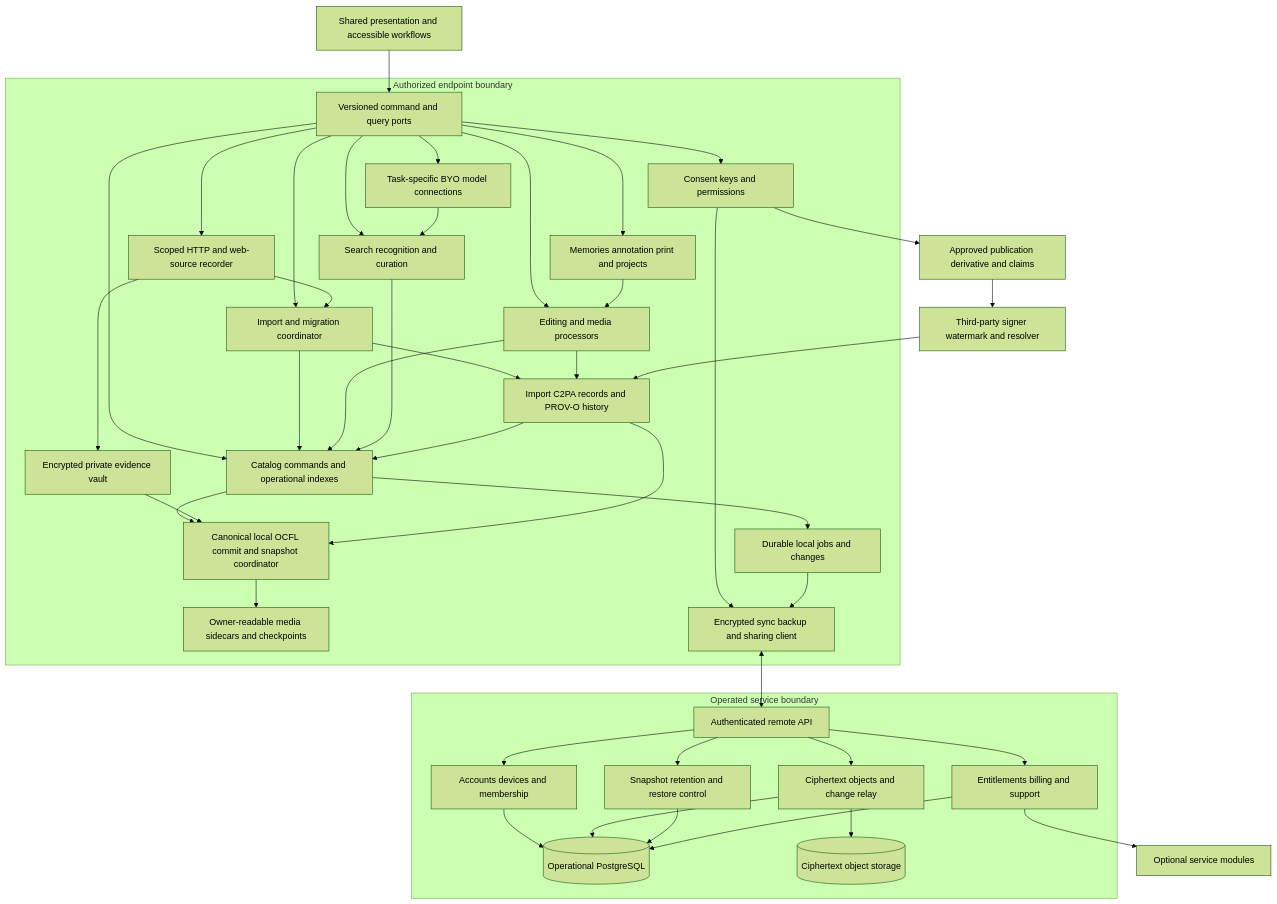
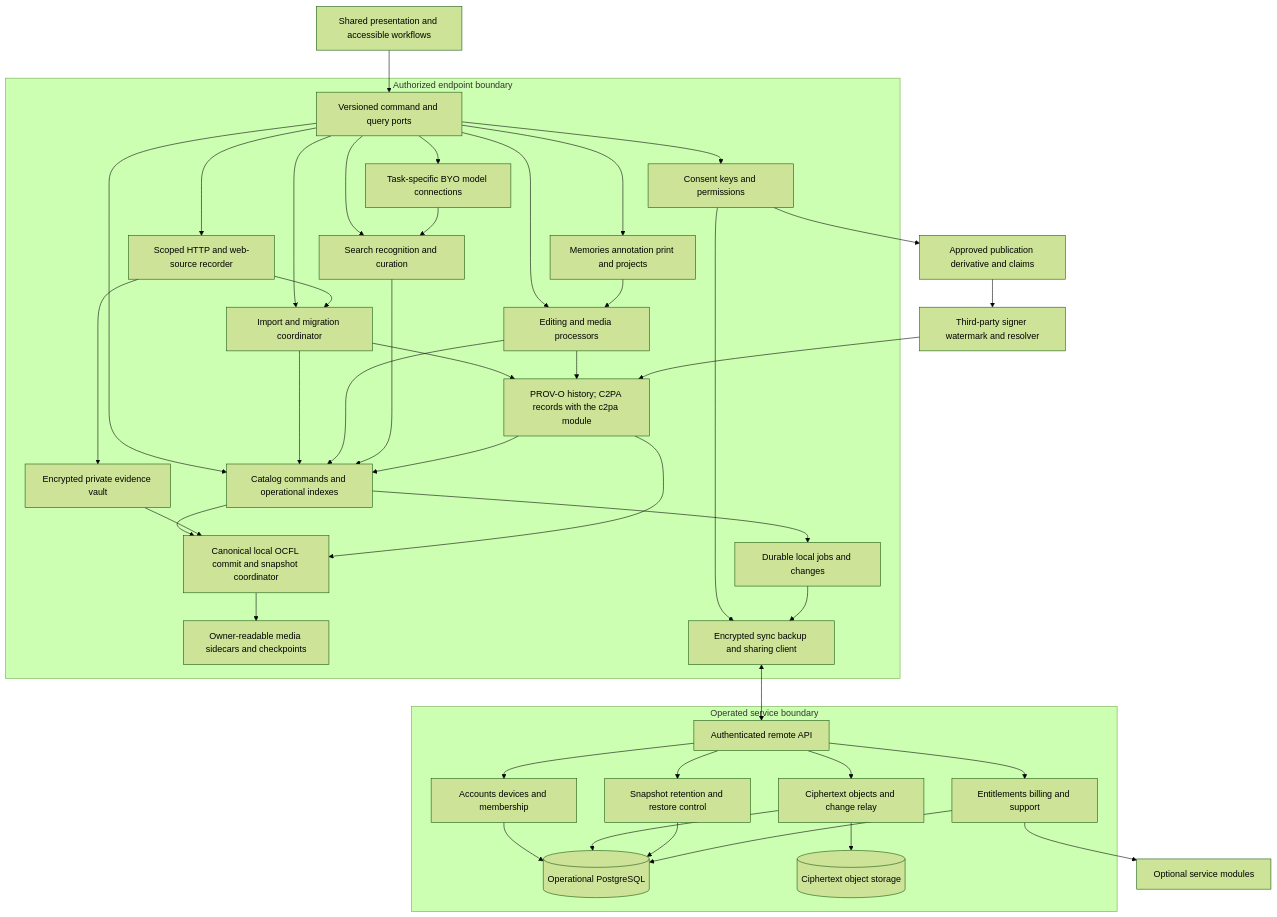
The third of 12 diagrams in resources/architecture.md (arkrim-tech/filesquid), drawn with Mermaid (forest theme) before and after one commit. The commit also changed other lines of this file and 39 other files, not shown here.

First line of the commit message:
docs: add PROV-O history to the MVP and scope C2PA to release 2

````diff
--- a/resources/architecture.md
+++ b/resources/architecture.md
@@ -170,47 +170,47 @@
 ```mermaid
 flowchart TB
     UI[Shared presentation and accessible workflows] --> Ports[Versioned command and query ports]
     subgraph Endpoint[Authorized endpoint boundary]
         Ports --> Catalog[Catalog commands and operational indexes]
         Ports --> Migration[Import and migration coordinator]
         Ports --> Render[Editing and media processors]
         Ports --> Discovery[Search recognition and curation]
         Ports --> Projects[Memories annotation print and projects]
         Ports --> Privacy[Consent keys and permissions]
         Ports --> Capture[Scoped HTTP and web-source recorder]
         Capture --> Migration
         Migration --> Catalog
-        Migration --> Provenance[Import C2PA records and PROV-O history]
+        Migration --> Provenance[PROV-O history; C2PA records with the c2pa module]
         Render --> Catalog
         Render --> Provenance
         Discovery --> Catalog
         Projects --> Render
         Provenance --> Catalog
         Capture --> Vault[Encrypted private evidence vault]
         Catalog --> Preservation[Canonical local OCFL commit and snapshot coordinator]
         Preservation --> Canonical[Owner-readable media sidecars and checkpoints]
         Vault --> Preservation
         Provenance --> Preservation
         Ports --> ModelRouter[Task-specific BYO model connections]
         ModelRouter --> Discovery
         Catalog --> Journal[Durable local jobs and changes]
         Privacy --> Exchange[Encrypted sync backup and sharing client]
         Journal --> Exchange
     end
     Privacy --> Publication[Approved publication derivative and claims]
     Publication --> Publisher[Third-party signer watermark and resolver]
     Publisher --> Provenance
     Exchange <--> API[Authenticated remote API]
     subgraph OperatorBoundary[Operated service boundary]
         API --> Control[Accounts devices and membership]
         API --> Transport[Ciphertext objects and change relay]
         API --> Recovery[Snapshot retention and restore control]
         API --> Billing[Entitlements billing and support]
         Control --> Operations[(Operational PostgreSQL)]
         Transport --> Operations
         Recovery --> Operations
         Billing --> Operations
         Transport --> Objects[(Ciphertext object storage)]
     end
     Billing --> Extensions[Optional service modules]
 ```
````
